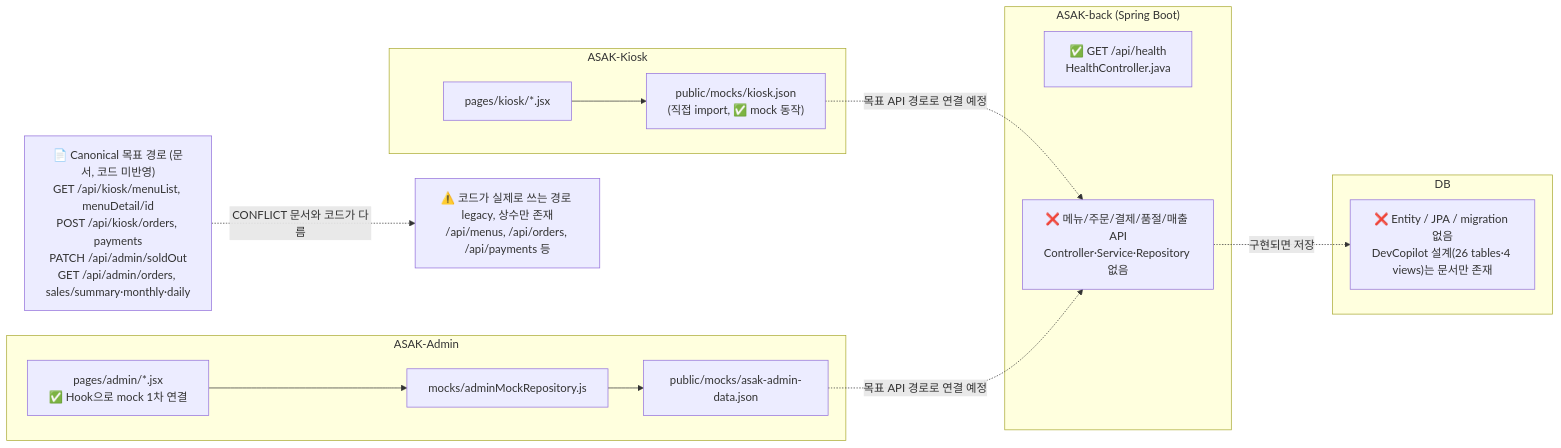
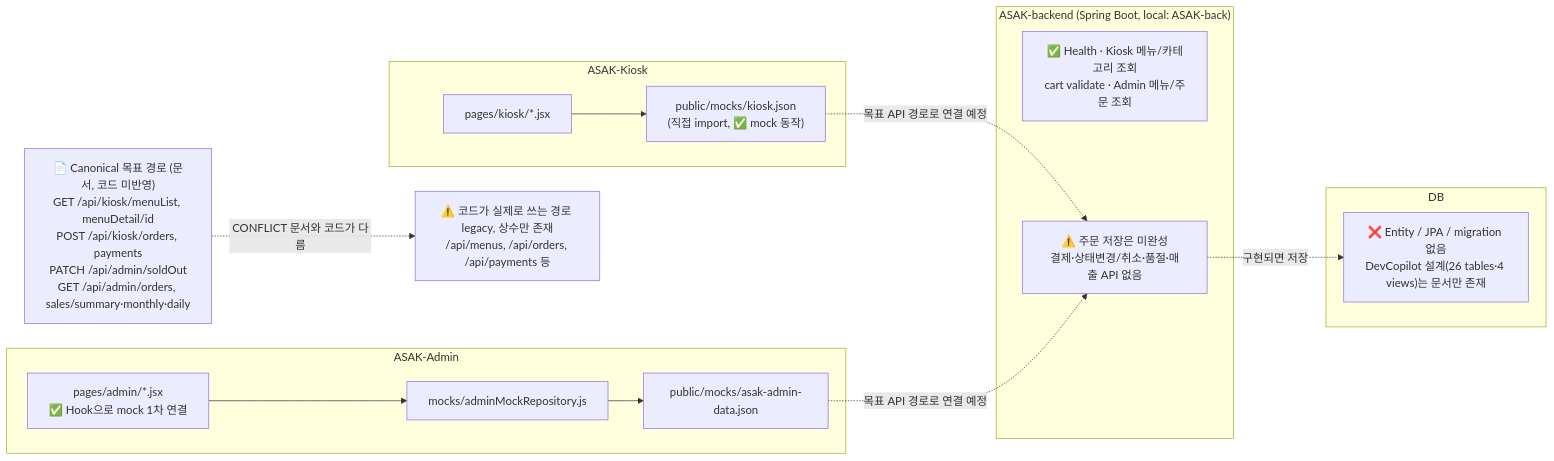
Before and after one commit to hagenie128/ASAK: the fourth of 6 diagrams in docs/wiki/project-flow.md, drawn with Mermaid. The commit also changed other lines of this file and 24 other files, not shown here.

````diff
--- a/docs/wiki/project-flow.md
+++ b/docs/wiki/project-flow.md
@@ -139,32 +139,32 @@
 ```mermaid
 flowchart LR
     subgraph K["ASAK-Kiosk"]
         K1["pages/kiosk/*.jsx"]
         K2["public/mocks/kiosk.json<br/>(직접 import, ✅ mock 동작)"]
         K1 --> K2
     end
 
     subgraph AD["ASAK-Admin"]
         A1["pages/admin/*.jsx<br/>✅ Hook으로 mock 1차 연결"]
         A2["mocks/adminMockRepository.js"]
         A3["public/mocks/asak-admin-data.json"]
         A1 --> A2 --> A3
     end
 
-    subgraph B["ASAK-back (Spring Boot)"]
-        B1["✅ GET /api/health<br/>HealthController.java"]
-        B2["❌ 메뉴/주문/결제/품절/매출 API<br/>Controller·Service·Repository 없음"]
+    subgraph B["ASAK-backend (Spring Boot, local: ASAK-back)"]
+        B1["✅ Health · Kiosk 메뉴/카테고리 조회<br/>cart validate · Admin 메뉴/주문 조회"]
+        B2["⚠️ 주문 저장은 미완성<br/>결제·상태변경/취소·품절·매출 API 없음"]
     end
 
     subgraph DB["DB"]
         D1["❌ Entity / JPA / migration 없음<br/>DevCopilot 설계(26 tables·4 views)는 문서만 존재"]
     end
 
     K2 -. 목표 API 경로로 연결 예정 .-> B2
     A3 -. 목표 API 경로로 연결 예정 .-> B2
     B2 -. 구현되면 저장 .-> D1
 
     Canon["📄 Canonical 목표 경로 (문서, 코드 미반영)<br/>GET /api/kiosk/menuList, menuDetail/id<br/>POST /api/kiosk/orders, payments<br/>PATCH /api/admin/soldOut<br/>GET /api/admin/orders, sales/summary·monthly·daily"]
     LegacyCode["⚠️ 코드가 실제로 쓰는 경로 legacy, 상수만 존재<br/>/api/menus, /api/orders, /api/payments 등"]
     Canon -. CONFLICT 문서와 코드가 다름 .-> LegacyCode
 ```
````
